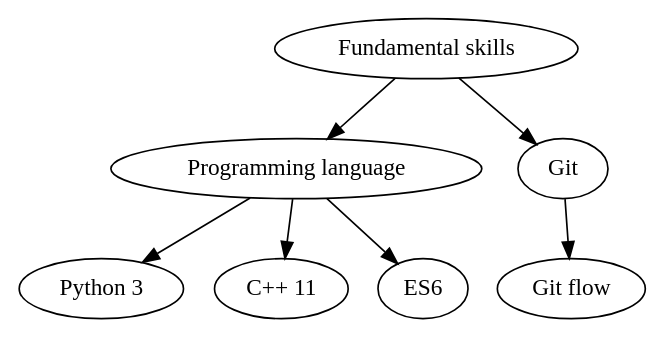
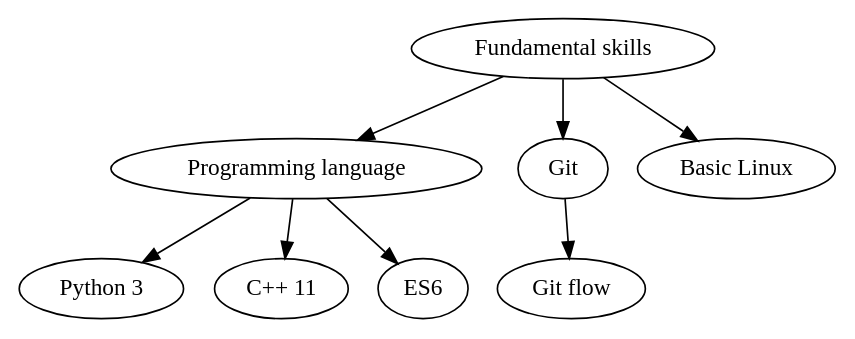
One commit to titaneric/hexo.titaneric.github.io changed the first of 3 diagrams in source/about/index.md. Above: the diagram before and after it, drawn with Graphviz. The commit also changed other lines of this file, not shown here.

````diff
--- a/source/about/index.md
+++ b/source/about/index.md
@@ -16,12 +16,15 @@
 ```graphviz
 digraph hierarchy {
     node [color=Black,fontname=consolus,shape=oval] //All nodes will this shape and colour
+    edge [splines=curved]
     "Fundamental skills"->"Programming language"
     "Programming language"->"Python 3"
     "Programming language"->"C++ 11"
     "Programming language"->"ES6"
     
     "Fundamental skills"->"Git"
     "Git"->"Git flow"
+    
+    "Fundamental skills"->"Basic Linux"
 }
 ```
````
